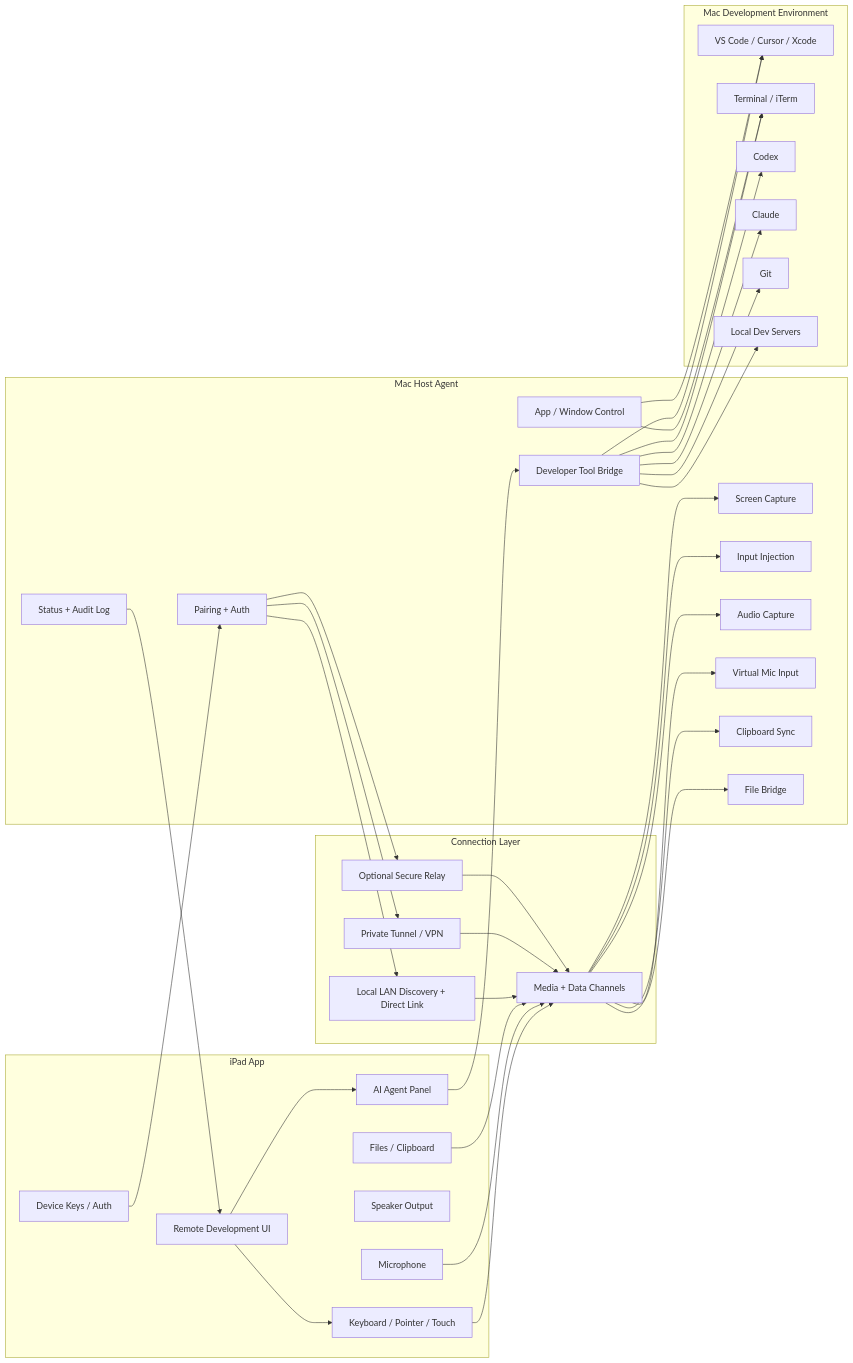
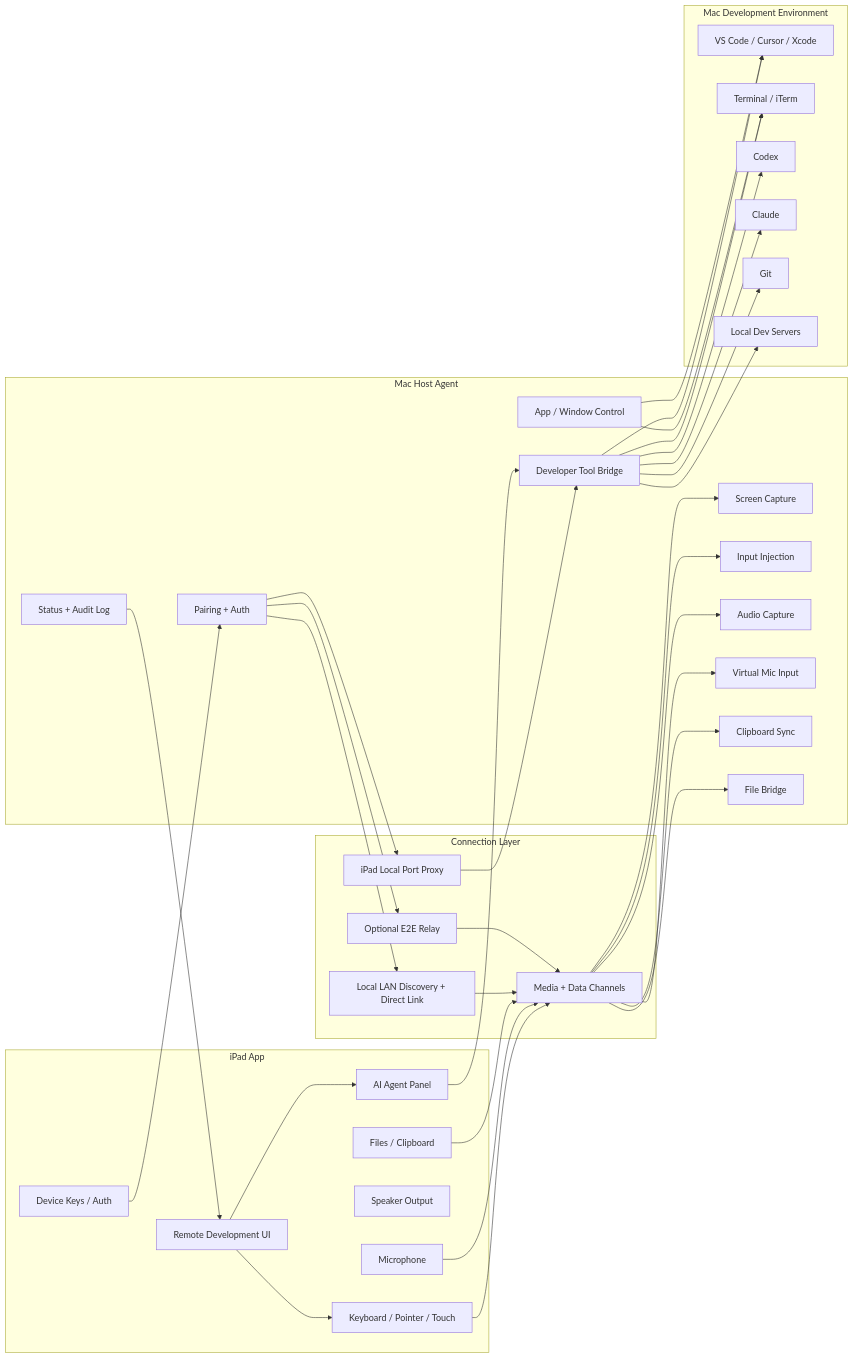
Before and after one commit to zyom45/RemotePad: the first of 5 diagrams in docs/architecture.md, drawn with Mermaid. The commit also changed other lines of this file and 5 other files, not shown here.

````diff
--- a/docs/architecture.md
+++ b/docs/architecture.md
@@ -39,72 +39,72 @@
 ```mermaid
 flowchart LR
     subgraph iPad["iPad App"]
         UI["Remote Development UI"]
         Input["Keyboard / Pointer / Touch"]
         Mic["Microphone"]
         Speaker["Speaker Output"]
         Files["Files / Clipboard"]
         AgentPanel["AI Agent Panel"]
         ClientCrypto["Device Keys / Auth"]
     end
 
     subgraph Network["Connection Layer"]
         Local["Local LAN Discovery + Direct Link"]
-        VPN["Private Tunnel / VPN"]
-        Relay["Optional Secure Relay"]
+        LocalProxy["iPad Local Port Proxy"]
+        Relay["Optional E2E Relay"]
         WebRTC["Media + Data Channels"]
     end
 
     subgraph Mac["Mac Host Agent"]
         Pairing["Pairing + Auth"]
         ScreenCapture["Screen Capture"]
         InputInject["Input Injection"]
         AudioCapture["Audio Capture"]
         AudioInject["Virtual Mic Input"]
         Clipboard["Clipboard Sync"]
         FileBridge["File Bridge"]
         AppControl["App / Window Control"]
         DevBridge["Developer Tool Bridge"]
         Audit["Status + Audit Log"]
     end
 
     subgraph Tools["Mac Development Environment"]
         Editor["VS Code / Cursor / Xcode"]
         Terminal["Terminal / iTerm"]
         Codex["Codex"]
         Claude["Claude"]
         Git["Git"]
         Servers["Local Dev Servers"]
     end
 
     UI --> Input
     UI --> AgentPanel
     Input --> WebRTC
     Mic --> WebRTC
     WebRTC --> ScreenCapture
     WebRTC --> InputInject
     WebRTC --> AudioCapture
     WebRTC --> AudioInject
     Files --> WebRTC
     WebRTC --> Clipboard
     WebRTC --> FileBridge
     AgentPanel --> DevBridge
 
     ClientCrypto --> Pairing
     Pairing --> Local
-    Pairing --> VPN
+    Pairing --> LocalProxy
     Pairing --> Relay
     Local --> WebRTC
-    VPN --> WebRTC
+    LocalProxy --> DevBridge
     Relay --> WebRTC
 
     DevBridge --> Editor
     DevBridge --> Terminal
     DevBridge --> Codex
     DevBridge --> Claude
     DevBridge --> Git
     DevBridge --> Servers
     AppControl --> Editor
     AppControl --> Terminal
     Audit --> UI
 ```
````
